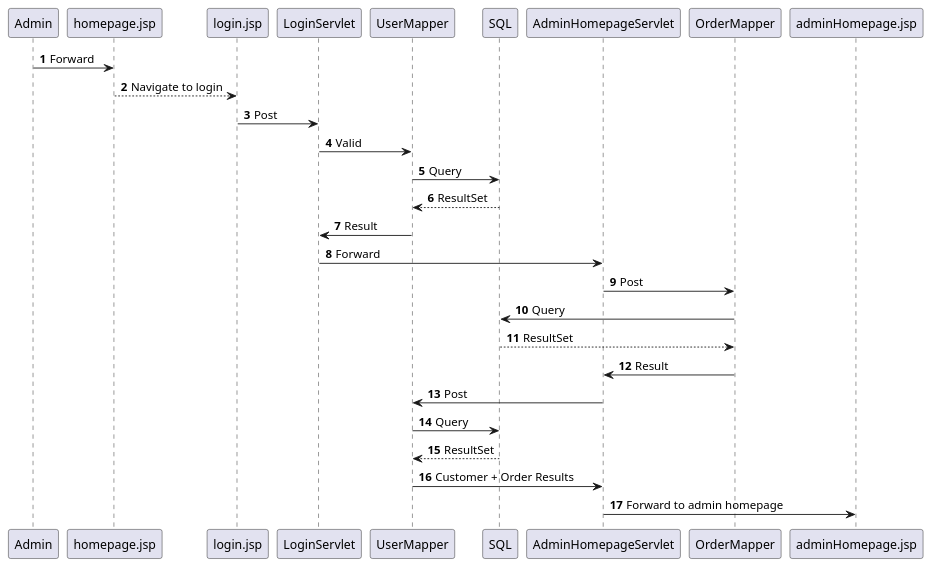
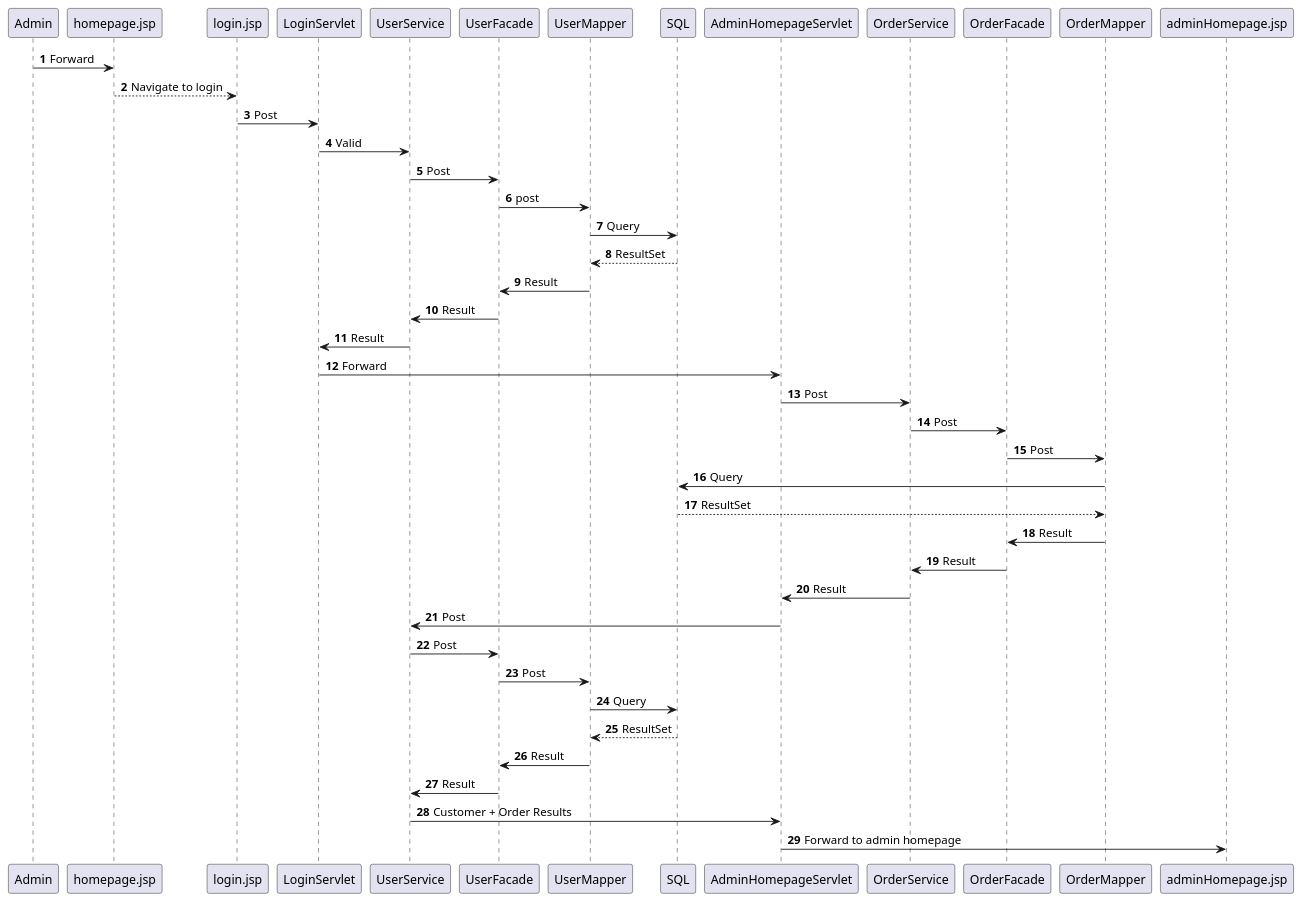
The diagram in documentation/SqAdminHomepage.puml (HeinLarsen/fog-carport), drawn with PlantUML before and after one commit. The commit also changed 5 other files, not shown here.

Commit message:
Fixed NavigationsDiagrammer

```diff
--- a/documentation/SqAdminHomepage.puml
+++ b/documentation/SqAdminHomepage.puml
@@ -1,26 +1,48 @@
 @startuml
 'https://plantuml.com/sequence-diagram
 
 autonumber
 
+'admin login'
+
 Admin -> homepage.jsp: Forward
 homepage.jsp --> login.jsp: Navigate to login
 login.jsp -> LoginServlet: Post
-LoginServlet -> UserMapper: Valid
+LoginServlet -> UserService: Valid
+UserService -> UserFacade: Post
+UserFacade -> UserMapper : post
 UserMapper -> SQL: Query
 SQL --> UserMapper: ResultSet
-UserMapper -> LoginServlet: Result
+UserMapper -> UserFacade: Result
+UserFacade -> UserService: Result
+UserService -> LoginServlet: Result
 LoginServlet -> AdminHomepageServlet: Forward
 
-AdminHomepageServlet -> OrderMapper: Post
+
+
+'Grab OrderData from the database'
+
+AdminHomepageServlet -> OrderService: Post
+OrderService -> OrderFacade: Post
+OrderFacade -> OrderMapper: Post
 OrderMapper -> SQL: Query
 SQL --> OrderMapper: ResultSet
-OrderMapper -> AdminHomepageServlet: Result
-AdminHomepageServlet -> UserMapper: Post
+OrderMapper -> OrderFacade: Result
+OrderFacade -> OrderService: Result
+OrderService-> AdminHomepageServlet: Result
 
+
+
+'Grab CustomerData from the database'
+
+AdminHomepageServlet -> UserService: Post
+UserService -> UserFacade: Post
+UserFacade -> UserMapper: Post
 UserMapper -> SQL: Query
 SQL --> UserMapper: ResultSet
-UserMapper -> AdminHomepageServlet: Customer + Order Results
+UserMapper -> UserFacade: Result
+UserFacade -> UserService: Result
+UserService -> AdminHomepageServlet: Customer + Order Results
 AdminHomepageServlet -> adminHomepage.jsp: Forward to admin homepage
 
 @enduml
```
